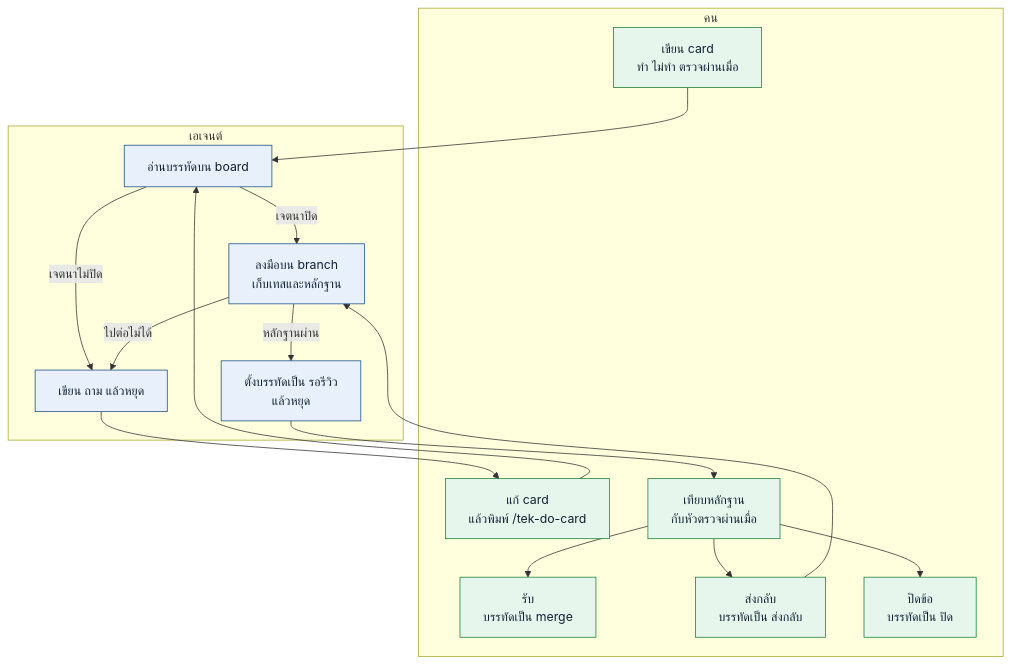
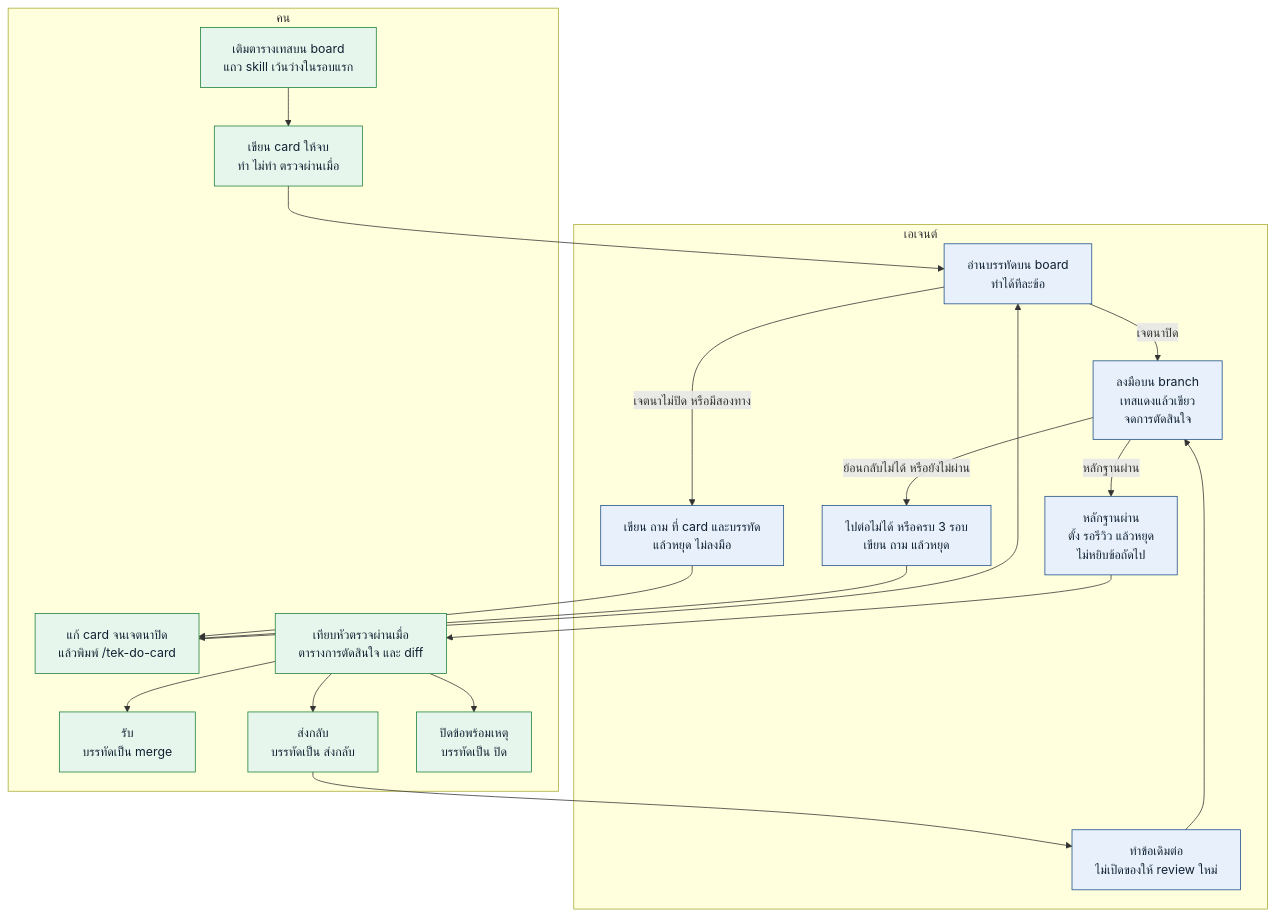
One commit to thitinan147/jtek-skill changed the diagram in README.md. Above: the diagram before and after it, drawn with Mermaid.

Commit message:
docs: spell out the card loop for people and the agent
Show the ask loop, the three-round stop, and send-back on the same card.

````diff
--- a/README.md
+++ b/README.md
@@ -81,35 +81,39 @@
 ```mermaid
 flowchart TD
   subgraph person ["คน"]
-    card["เขียน card<br/>ทำ ไม่ทำ ตรวจผ่านเมื่อ"]
-    edit["แก้ card<br/>แล้วพิมพ์ /tek-do-card"]
-    look["เทียบหลักฐาน<br/>กับหัวตรวจผ่านเมื่อ"]
+    fill["เติมตารางเทสบน board<br/>แถว skill เว้นว่างในรอบแรก"]
+    card["เขียน card ให้จบ<br/>ทำ ไม่ทำ ตรวจผ่านเมื่อ"]
+    edit["แก้ card จนเจตนาปิด<br/>แล้วพิมพ์ /tek-do-card"]
+    look["เทียบหัวตรวจผ่านเมื่อ<br/>ตารางการตัดสินใจ และ diff"]
     done["รับ<br/>บรรทัดเป็น merge"]
     back["ส่งกลับ<br/>บรรทัดเป็น ส่งกลับ"]
-    drop["ปิดข้อ<br/>บรรทัดเป็น ปิด"]
+    drop["ปิดข้อพร้อมเหตุ<br/>บรรทัดเป็น ปิด"]
   end
 
   subgraph agent ["เอเจนต์"]
-    line["อ่านบรรทัดบน board"]
-    ask["เขียน ถาม แล้วหยุด"]
-    work["ลงมือบน branch<br/>เก็บเทสและหลักฐาน"]
-    wait["ตั้งบรรทัดเป็น รอรีวิว<br/>แล้วหยุด"]
+    line["อ่านบรรทัดบน board<br/>ทำได้ทีละข้อ"]
+    ask["เขียน ถาม ที่ card และบรรทัด<br/>แล้วหยุด ไม่ลงมือ"]
+    work["ลงมือบน branch<br/>เทสแดงแล้วเขียว<br/>จดการตัดสินใจ"]
+    stuck["ไปต่อไม่ได้ หรือครบ 3 รอบ<br/>เขียน ถาม แล้วหยุด"]
+    wait["หลักฐานผ่าน<br/>ตั้ง รอรีวิว แล้วหยุด<br/>ไม่หยิบข้อถัดไป"]
+    again["ทำข้อเดิมต่อ<br/>ไม่เปิดของให้ review ใหม่"]
   end
 
-  card --> line
-  line -->|เจตนาไม่ปิด| ask
+  fill --> card --> line
+  line -->|เจตนาไม่ปิด หรือมีสองทาง| ask
   ask --> edit --> line
   line -->|เจตนาปิด| work
-  work -->|ไปต่อไม่ได้| ask
+  work -->|ย้อนกลับไม่ได้ หรือยังไม่ผ่าน| stuck
+  stuck --> edit
   work -->|หลักฐานผ่าน| wait
   wait --> look
   look --> done
   look --> back
   look --> drop
-  back --> work
+  back --> again --> work
 
   classDef human fill:#e7f6ec,stroke:#1b7f3b,color:#123
   classDef bot fill:#e7f0fb,stroke:#1d4e89,color:#123
-  class card,edit,look,done,back,drop human
-  class line,ask,work,wait bot
+  class fill,card,edit,look,done,back,drop human
+  class line,ask,work,stuck,wait,again bot
 ```
````
